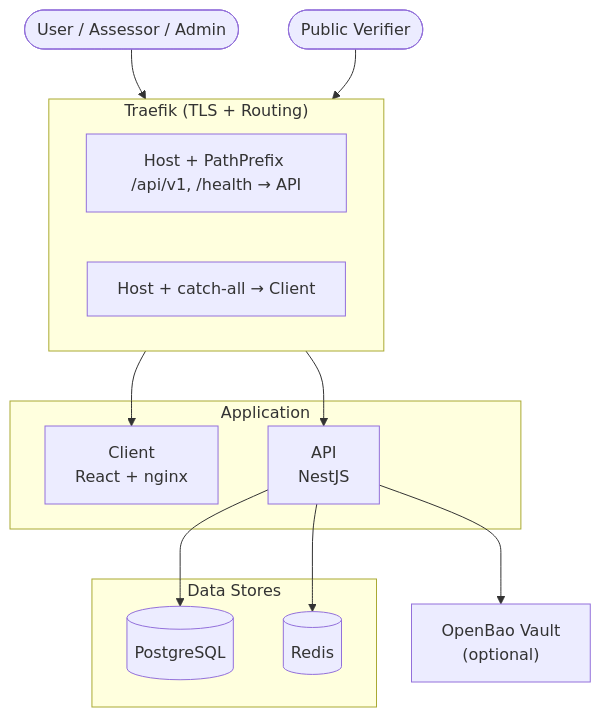
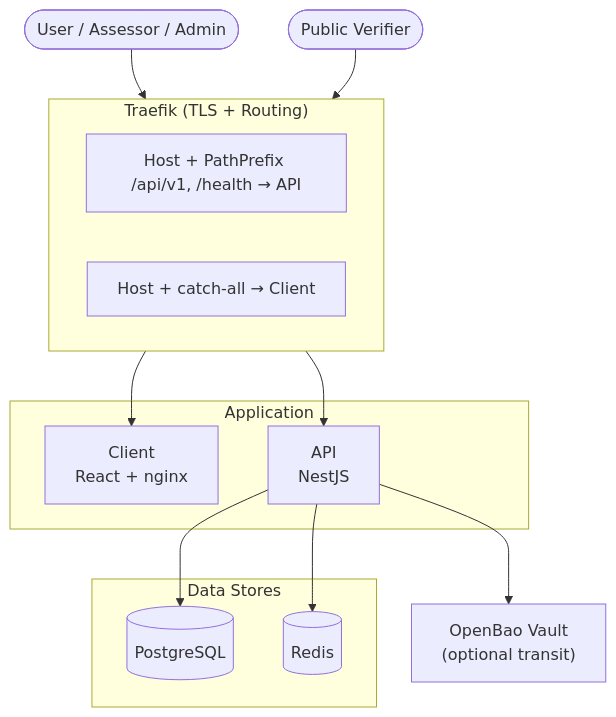
The first of 8 diagrams in docs/architecture.md (dhis2/certification-app), drawn with Mermaid before and after one commit. The commit also changed other lines of this file and 135 other files, not shown here.

````diff
--- a/docs/architecture.md
+++ b/docs/architecture.md
@@ -5,31 +13,31 @@
 ```mermaid
 graph TB
     User([User / Assessor / Admin])
     Public([Public Verifier])
 
     subgraph Traefik["Traefik (TLS + Routing)"]
         direction LR
         R1["Host + PathPrefix /api/v1, /health → API"]
         R2["Host + catch-all → Client"]
     end
 
     subgraph App["Application"]
         Client["Client<br/>React + nginx"]
         API["API<br/>NestJS"]
     end
 
     subgraph Data["Data Stores"]
         DB[(PostgreSQL)]
         Redis[(Redis)]
     end
 
-    Vault["OpenBao Vault<br/>(optional)"]
+    Vault["OpenBao Vault<br/>(optional transit)"]
 
     User --> Traefik
     Public --> Traefik
     Traefik --> Client
     Traefik --> API
     API --> DB
     API --> Redis
     API --> Vault
 ```
````
